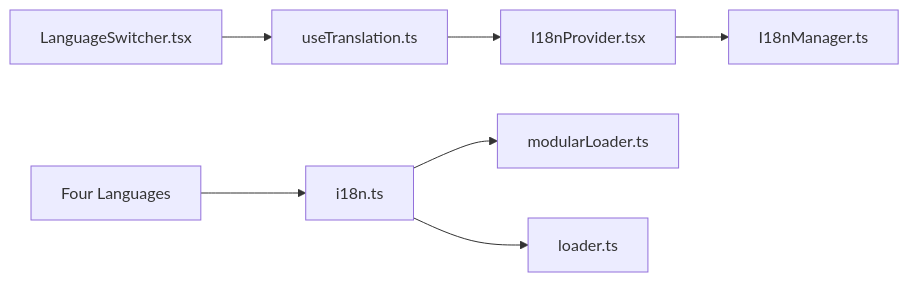
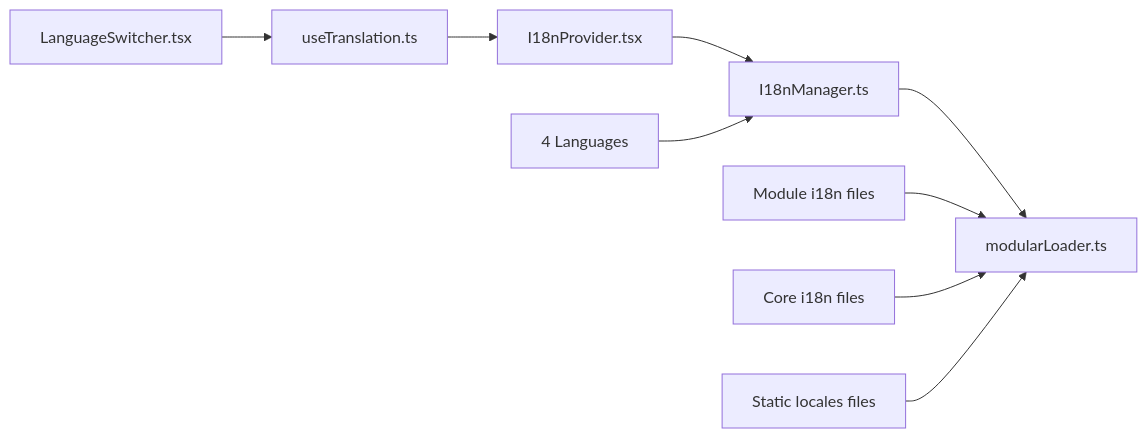
The sixth of 6 diagrams in .qoder/repowiki/en/content/Internationalization.md (geniusdynamics/schoolpilot), drawn with Mermaid before and after one commit. The commit also changed other lines of this file and 16 other files, not shown here.

````diff
--- a/.qoder/repowiki/en/content/Internationalization.md
+++ b/.qoder/repowiki/en/content/Internationalization.md
@@ -430,9 +370,11 @@
 ```mermaid
 graph LR
 Provider["I18nProvider.tsx"] --> Manager["I18nManager.ts"]
 Hook["useTranslation.ts"] --> Provider
-Bootstrap["i18n.ts"] --> Modular["modularLoader.ts"]
-Bootstrap --> Static["loader.ts"]
+Manager --> Modular["modularLoader.ts"]
 Switcher["LanguageSwitcher.tsx"] --> Hook
-Languages["Four Languages"] --> Bootstrap
+Modules["Module i18n files"] --> Modular
+Core["Core i18n files"] --> Modular
+Static["Static locales files"] --> Modular
+Languages["4 Languages"] --> Manager
 ```
````
